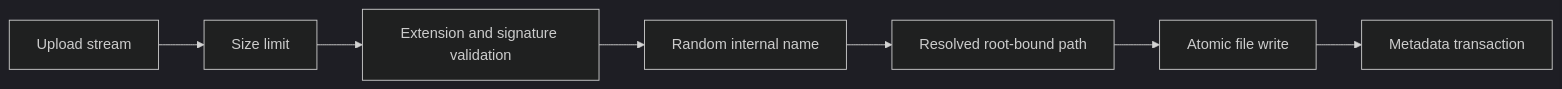
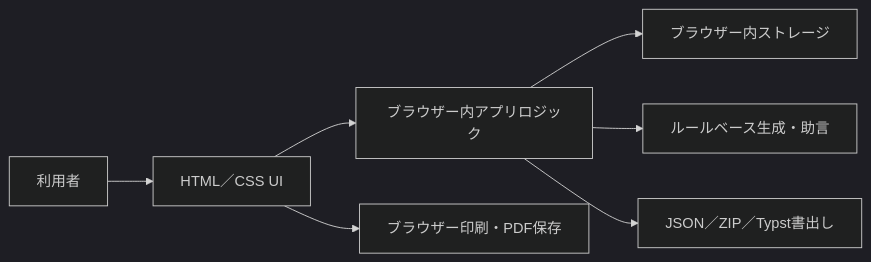
One commit to yuya-0411/paper_tools changed the diagram in docs/architecture.md. Above: the diagram before and after it, drawn with Mermaid (dark theme). The commit also changed other lines of this file and 226 other files, not shown here.

````diff
--- a/docs/architecture.md
+++ b/docs/architecture.md
@@ -90,9 +17,9 @@
 ```mermaid
 flowchart LR
-    I["Upload stream"] --> L["Size limit"]
-    L --> E["Extension and signature validation"]
-    E --> N["Random internal name"]
-    N --> R["Resolved root-bound path"]
-    R --> F["Atomic file write"]
-    F --> M["Metadata transaction"]
+    U["利用者"] --> UI["HTML／CSS UI"]
+    UI --> A["ブラウザー内アプリロジック"]
+    A --> S["ブラウザー内ストレージ"]
+    A --> R["ルールベース生成・助言"]
+    A --> E["JSON／ZIP／Typst書出し"]
+    UI --> P["ブラウザー印刷・PDF保存"]
 ```
````
